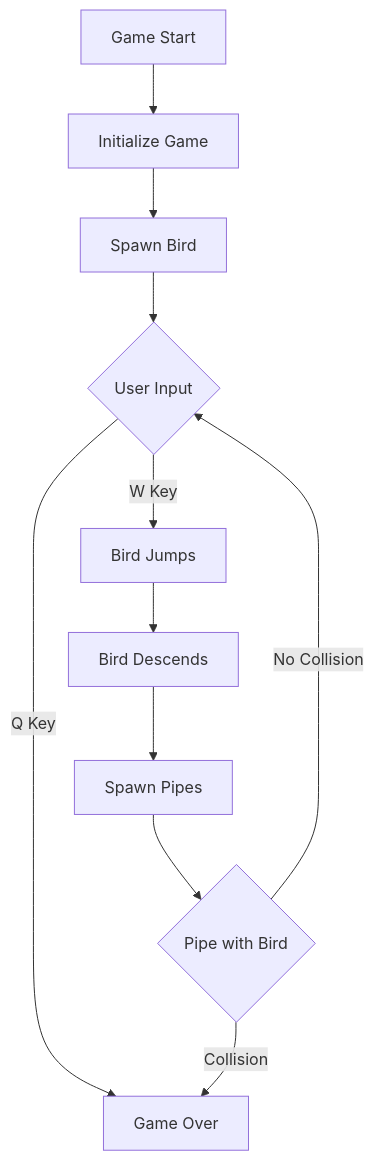
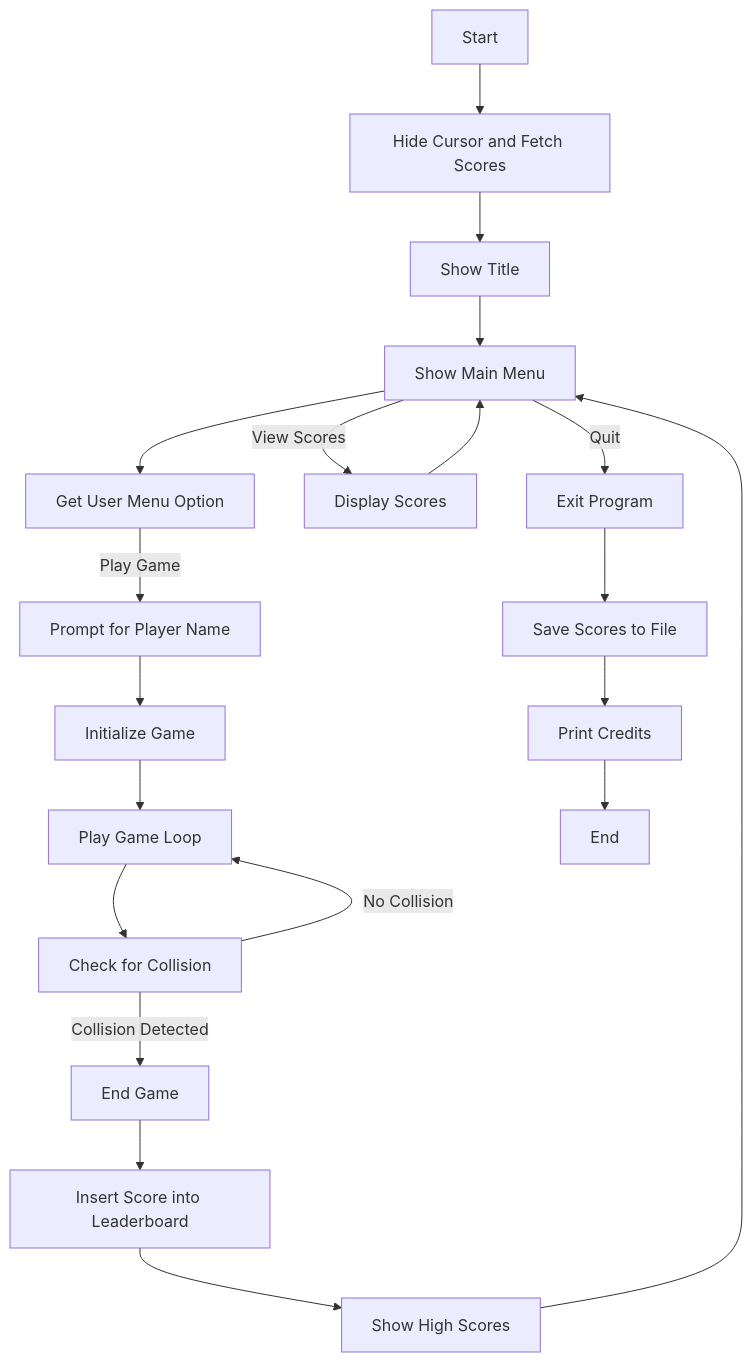
Before and after one commit to R4F4I/ClappyBird: the diagram in README.md, drawn with Mermaid. The commit also changed other lines of this file and 2 other files, not shown here.

````diff
--- a/README.md
+++ b/README.md
@@ -57,13 +63,22 @@
 ```mermaid
 graph TD
-    A[Game Start] --> B[Initialize Game]
-    B --> C[Spawn Bird]
-    C --> D{User  Input}
-    D -->|W Key| E[Bird Jumps]
-    D -->|Q Key| J
-    E --> G[Bird Descends]
-    G --> H[Spawn Pipes]
-    H --> I{Pipe with Bird}
-    I -->|Collision| J[Game Over]
-    I -->|No Collision| D
+    A[Start] --> B[Hide Cursor and Fetch Scores]
+    B --> C[Show Title]
+    C --> D[Show Main Menu]
+    D --> E[Get User Menu Option]
+    E -->|Play Game| F[Prompt for Player Name]
+    F --> G[Initialize Game]
+    G --> H[Play Game Loop]
+    H --> I[Check for Collision]
+    I -->|No Collision| H
+    I -->|Collision Detected| J[End Game]
+    J --> K[Insert Score into Leaderboard]
+    K --> L[Show High Scores]
+    L --> D
+    D -->|View Scores| M[Display Scores]
+    M --> D
+    D -->|Quit| N[Exit Program]
+    N --> O[Save Scores to File]
+    O --> P[Print Credits]
+    P --> Q[End]
 ```
````
